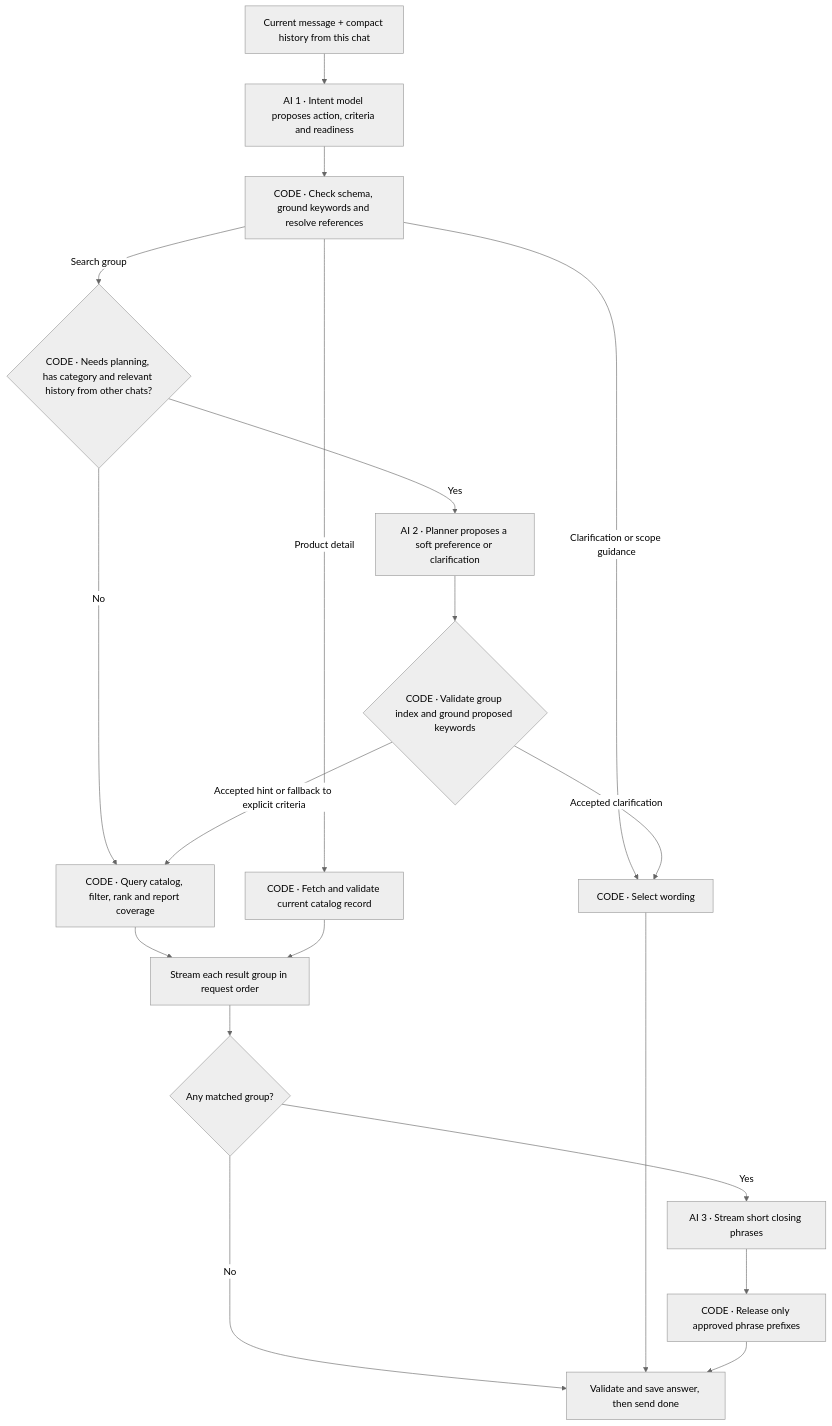
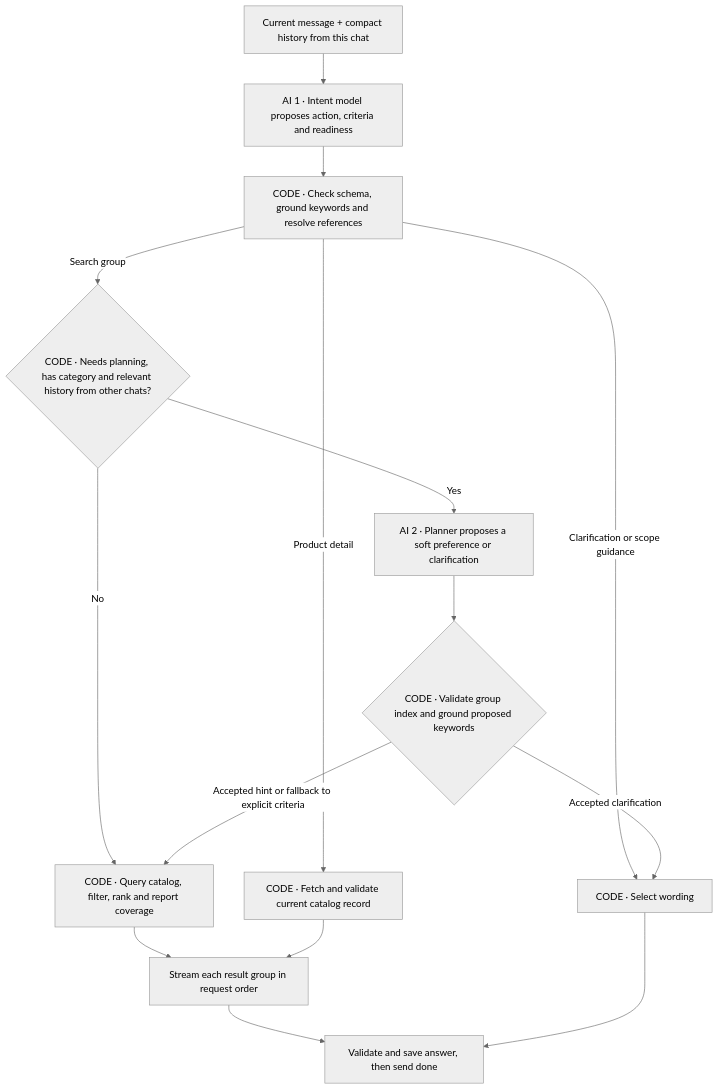
One commit to rosneri/bazak changed the third of 5 diagrams in docs/message-flow.md. Above: the diagram before and after it, drawn with Mermaid (neutral theme). The commit also changed other lines of this file and 30 other files, not shown here.

````diff
--- a/docs/message-flow.md
+++ b/docs/message-flow.md
@@ -45,21 +45,17 @@
 ```mermaid
 flowchart TD
   input["Current message + compact history from this chat"] --> intent["AI 1 · Intent model proposes action, criteria and readiness"]
   intent --> resolve["CODE · Check schema, ground keywords and resolve references"]
   resolve -->|"Clarification or scope guidance"| fixed["CODE · Select wording"]
   resolve -->|"Product detail"| detail["CODE · Fetch and validate current catalog record"]
   resolve -->|"Search group"| eligible{"CODE · Needs planning, has category and relevant history from other chats?"}
   eligible -->|"No"| lookup["CODE · Query catalog, filter, rank and report coverage"]
   eligible -->|"Yes"| plan["AI 2 · Planner proposes a soft preference or clarification"]
   plan --> check{"CODE · Validate group index and ground proposed keywords"}
   check -->|"Accepted hint or fallback to explicit criteria"| lookup
   check -->|"Accepted clarification"| fixed
   lookup --> result["Stream each result group in request order"]
   detail --> result
-  result --> match{"Any matched group?"}
-  match -->|"Yes"| frame["AI 3 · Stream short closing phrases"]
-  frame --> guard["CODE · Release only approved phrase prefixes"]
-  match -->|"No"| save["Validate and save answer, then send done"]
+  result --> save["Validate and save answer, then send done"]
   fixed --> save
-  guard --> save
 ```
````
